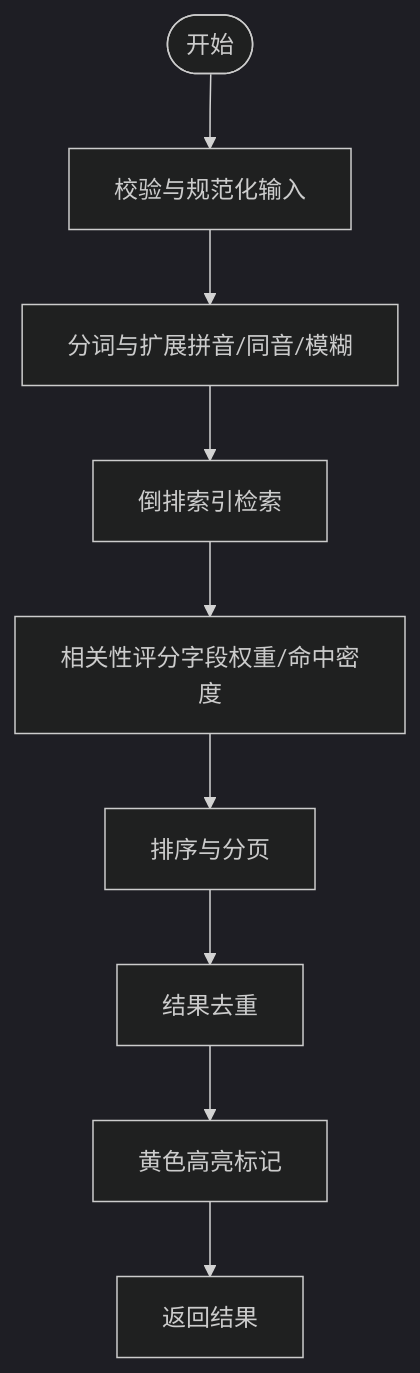
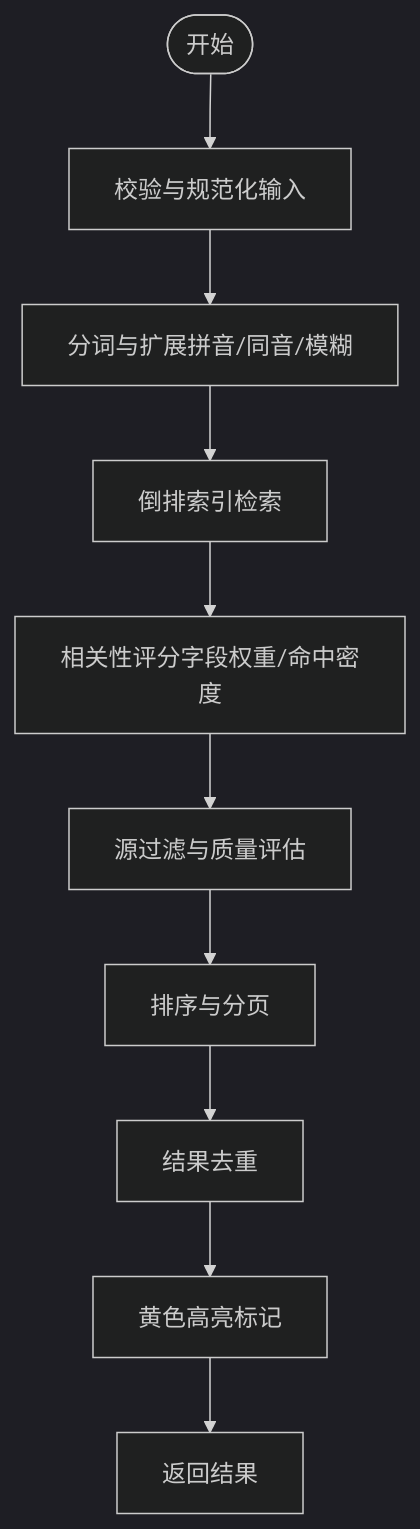
Before and after one commit to ZhangGHGitHub/LegadoTeamFlutter: the third of 4 diagrams in .qoder/repowiki/zh/content/搜索功能/搜索功能.md, drawn with Mermaid (dark theme). The commit also changed other lines of this file and 660 other files, not shown here.

````diff
--- a/.qoder/repowiki/zh/content/搜索功能/搜索功能.md
+++ b/.qoder/repowiki/zh/content/搜索功能/搜索功能.md
@@ -220,11 +225,12 @@
 ```mermaid
 flowchart TD
 Start(["开始"]) --> Validate["校验与规范化输入"]
 Validate --> Tokenize["分词与扩展拼音/同音/模糊"]
 Tokenize --> InvertIndex["倒排索引检索"]
 InvertIndex --> Score["相关性评分字段权重/命中密度"]
-Score --> Sort["排序与分页"]
+Score --> SourceFilter["源过滤与质量评估"]
+SourceFilter --> Sort["排序与分页"]
 Sort --> Dedup["结果去重"]
 Dedup --> Highlight["黄色高亮标记"]
 Highlight --> Return["返回结果"]
 ```
````
